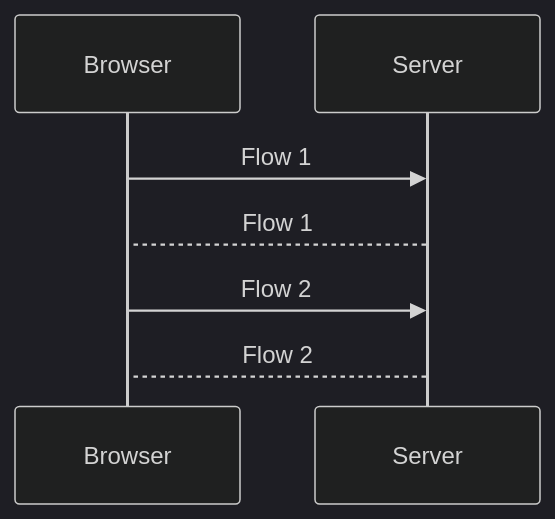
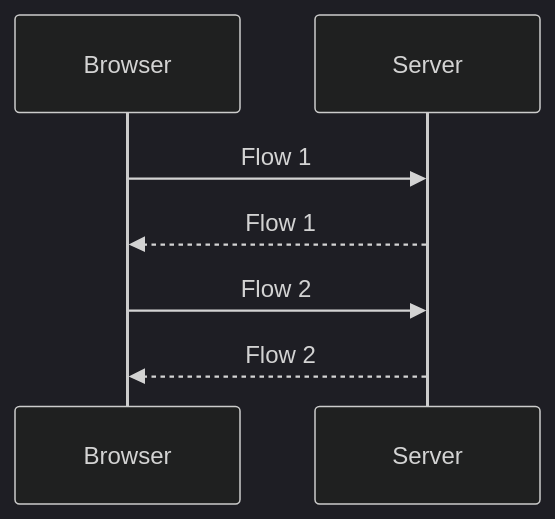
Before and after one commit to Northcrisp/Full_Stack_Open: the diagram in Part0/0.4__New_Note_Diagram.md, drawn with Mermaid (dark theme).

Commit message:
Updating Diagram 0.4

````diff
--- a/Part0/0.4__New_Note_Diagram.md
+++ b/Part0/0.4__New_Note_Diagram.md
@@ -1,7 +1,7 @@
 ```mermaid
 sequenceDiagram
 Browser->>Server: Flow 1
-Server-->Browser: Flow 1
+Server-->>Browser: Flow 1
 Browser->>Server: Flow 2
-Server-->Browser: Flow 2
+Server-->>Browser: Flow 2
 ```
````
